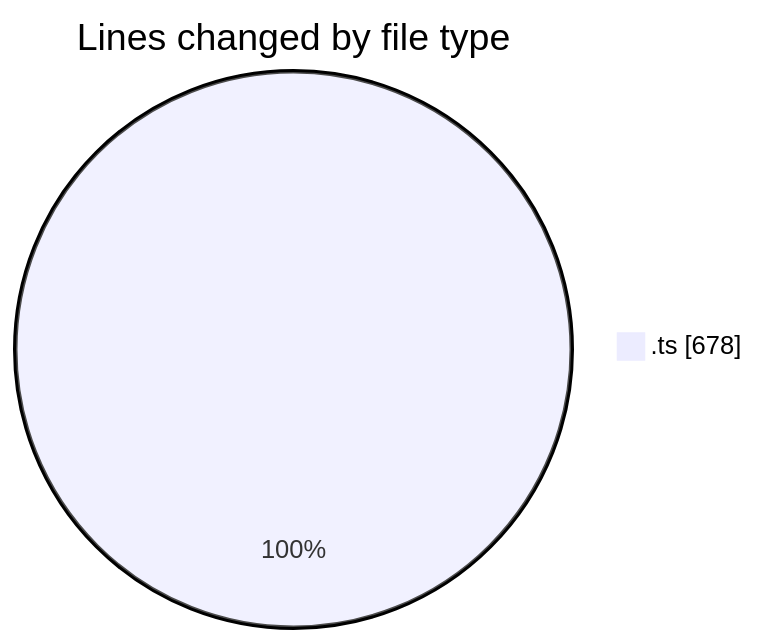
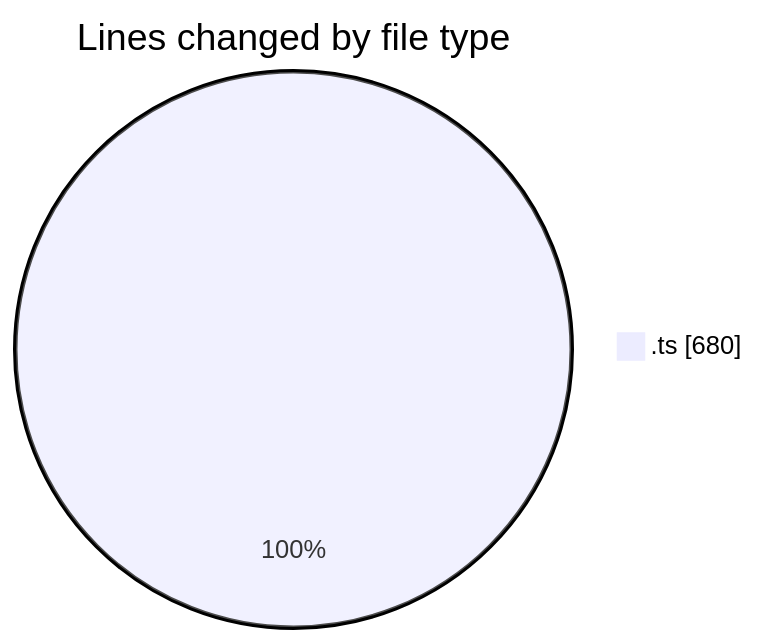
One commit to ricardozamudiocil/code-tracking changed the first of 2 diagrams in 2026-09-17/cilwebcustomercomunicationfront/README.md. Above: the diagram before and after it, drawn with Mermaid. The commit also changed other lines of this file and 1 other file, not shown here.

````diff
--- a/2026-09-17/cilwebcustomercomunicationfront/README.md
+++ b/2026-09-17/cilwebcustomercomunicationfront/README.md
@@ -21,5 +21,5 @@
 ```mermaid
 pie showData
 title Lines changed by file type
-".ts" : 678
+".ts" : 680
 ```
````
